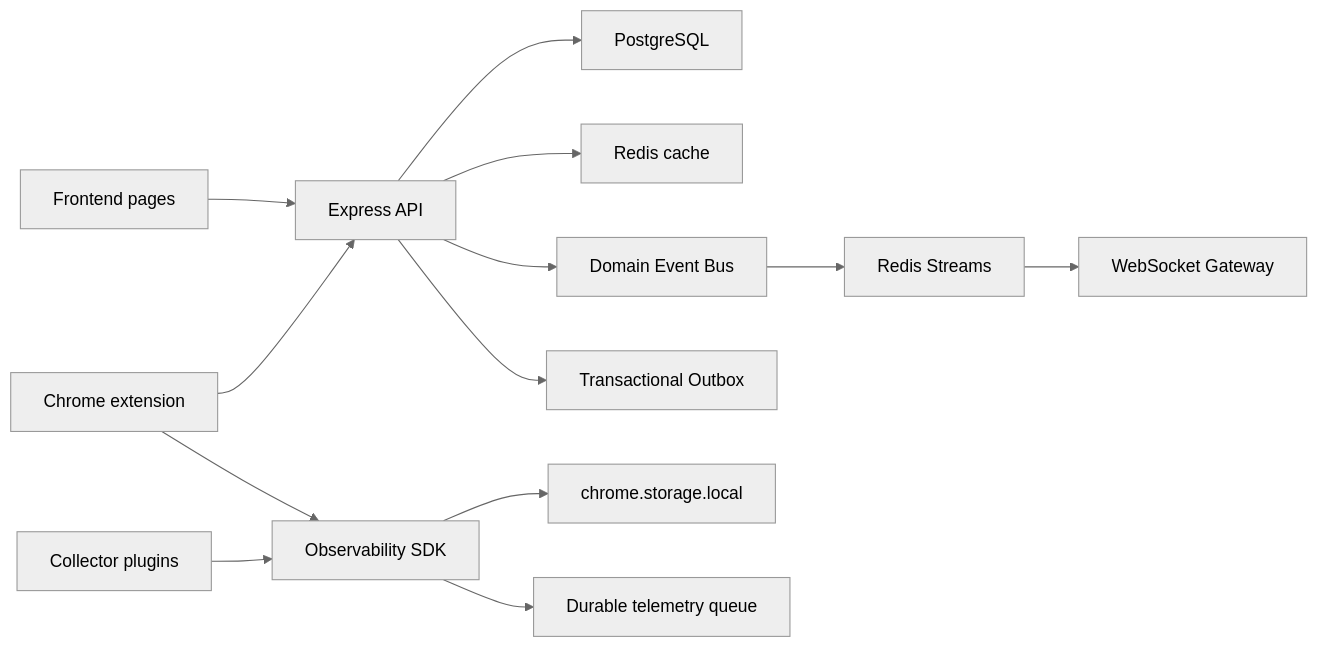
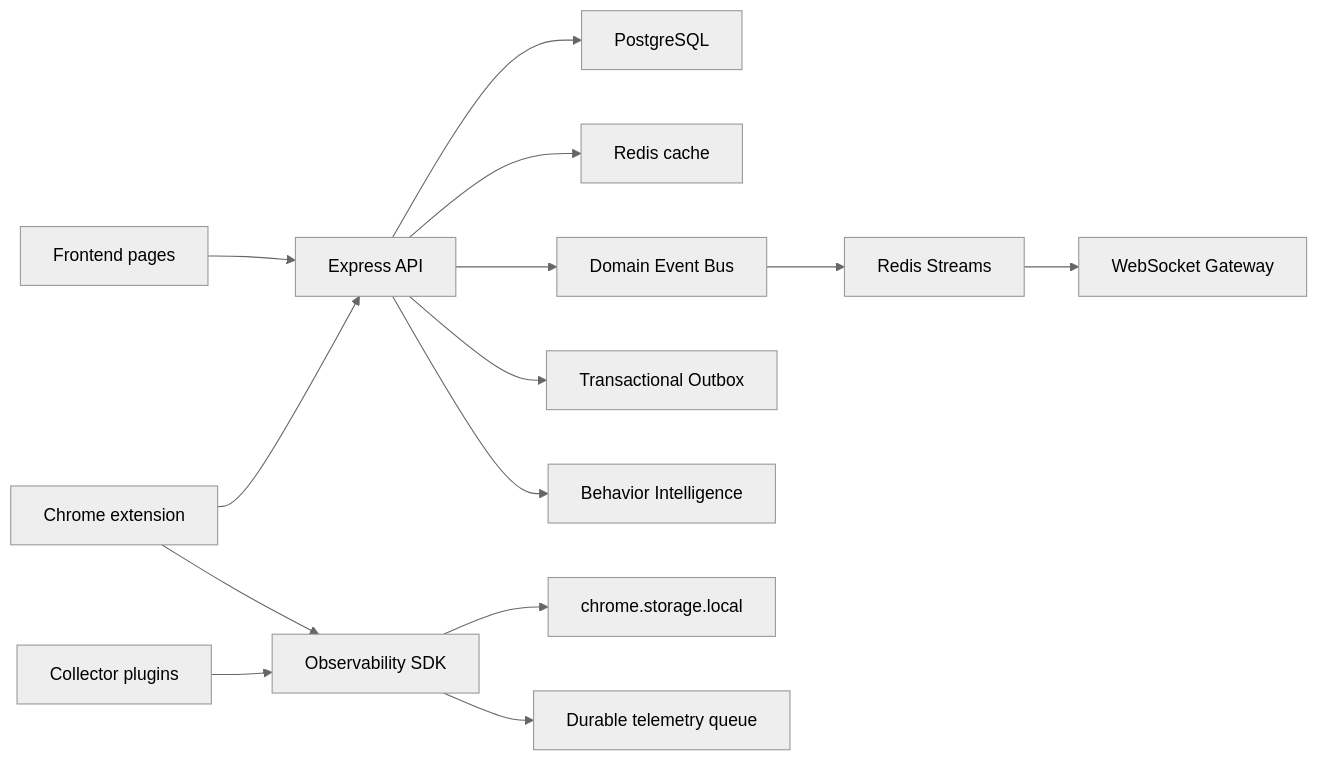
Before and after one commit to Absosh/CPInsight: the diagram in docs/README.md, drawn with Mermaid (neutral theme). The commit also changed other lines of this file and 36 other files, not shown here.

Commit message:
feat(behavior): add behavior intelligence engine

````diff
--- a/docs/README.md
+++ b/docs/README.md
@@ -66,15 +67,16 @@
 ```mermaid
 flowchart LR
   Browser["Frontend pages"] --> API["Express API"]
   API --> PG["PostgreSQL"]
   API --> Redis["Redis cache"]
   API --> DomainBus["Domain Event Bus"]
   API --> Outbox["Transactional Outbox"]
   DomainBus --> RedisStreams["Redis Streams"]
   RedisStreams --> Realtime["WebSocket Gateway"]
+  API --> Behavior["Behavior Intelligence"]
   Extension["Chrome extension"] --> API
   Extension --> SDK["Observability SDK"]
   SDK --> Store["chrome.storage.local"]
   SDK --> Queue["Durable telemetry queue"]
   Collectors["Collector plugins"] --> SDK
 ```
````
